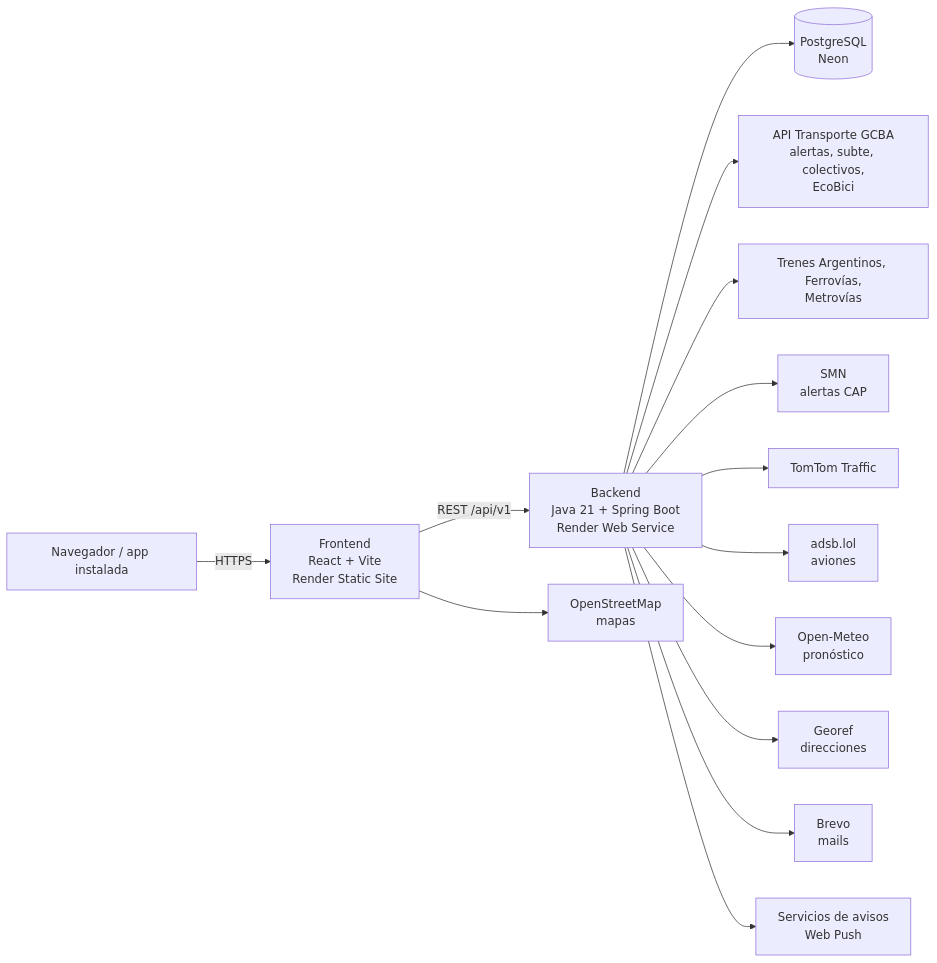
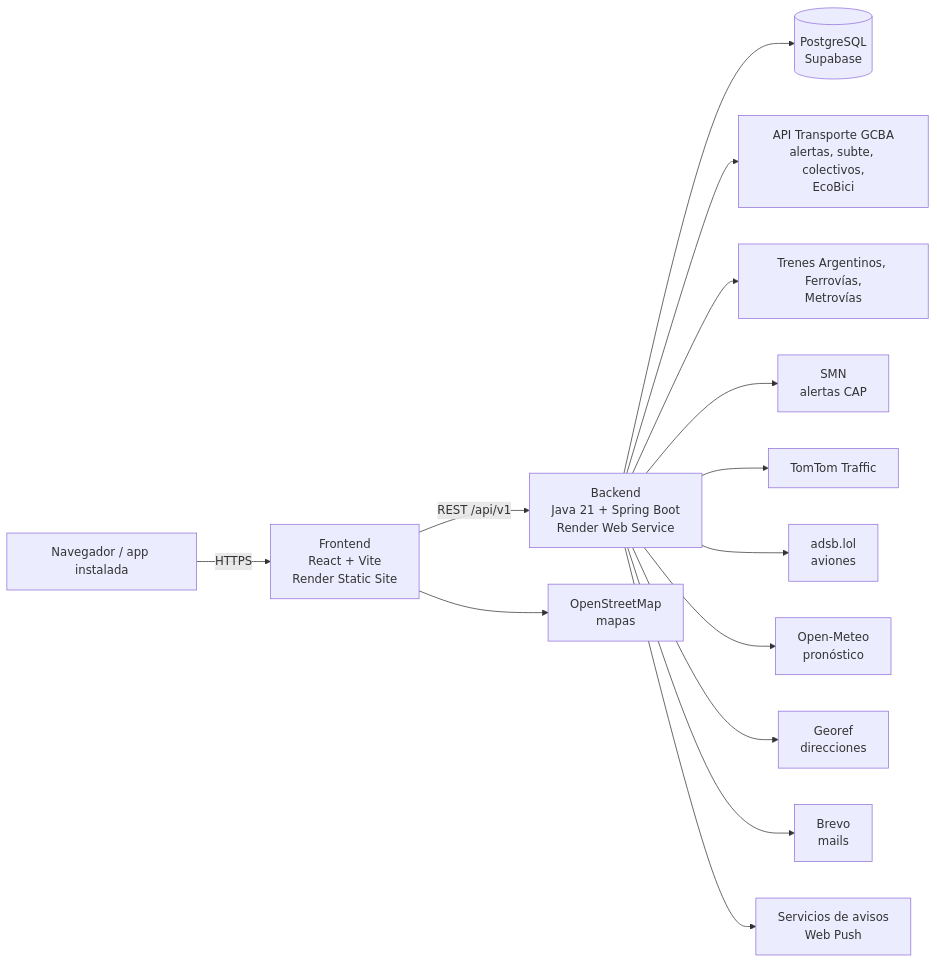
Before and after one commit to guilleguevara245/ba-transit: the diagram in README.md, drawn with Mermaid. The commit also changed other lines of this file and 8 other files, not shown here.

First line of the commit message:
ba-transit v33.8: la base queda en supabase y se saca la copia desde neon, que ya se hizo

````diff
--- a/README.md
+++ b/README.md
@@ -109,16 +109,16 @@
 ```mermaid
 flowchart LR
     U[Navegador / app instalada] -->|HTTPS| F[Frontend<br>React + Vite<br>Render Static Site]
     F -->|REST /api/v1| B[Backend<br>Java 21 + Spring Boot<br>Render Web Service]
-    B --> DB[(PostgreSQL<br>Neon)]
+    B --> DB[(PostgreSQL<br>Supabase)]
     B --> T[API Transporte GCBA<br>alertas, subte, colectivos,<br>EcoBici]
     B --> TR[Trenes Argentinos, Ferrovías,<br>Metrovías]
     B --> SMN[SMN<br>alertas CAP]
     B --> TT[TomTom Traffic]
     B --> AD[adsb.lol<br>aviones]
     B --> OM[Open-Meteo<br>pronóstico]
     B --> GR[Georef<br>direcciones]
     B --> BR[Brevo<br>mails]
     B --> WP[Servicios de avisos<br>Web Push]
     F --> OSM[OpenStreetMap<br>mapas]
 ```
````
